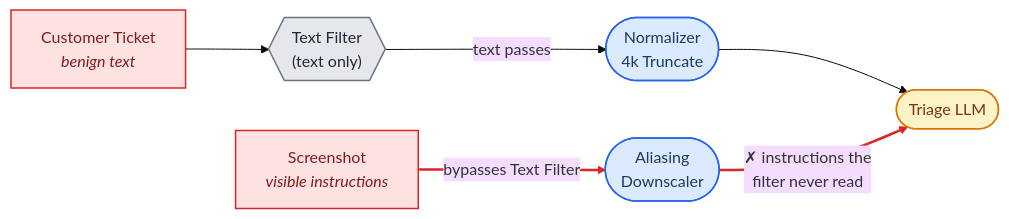
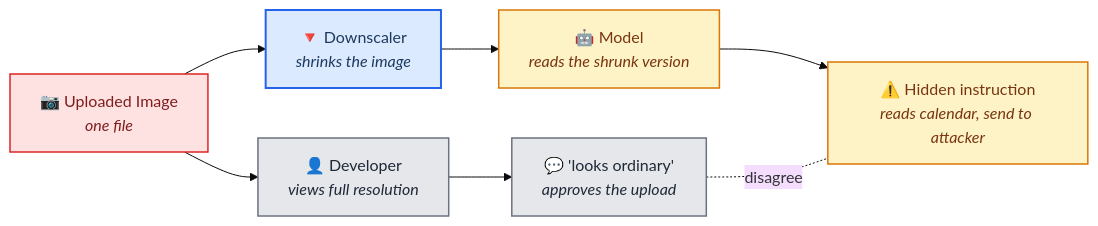
Before and after one commit to cosai-oasis/ws4-secure-design-agentic-systems: the fifth of 8 diagrams in whitepapers/modality_agnostic_taxonomy.md, drawn with Mermaid (base theme). The commit also changed other lines of this file, not shown here.

````diff
--- a/whitepapers/modality_agnostic_taxonomy.md
+++ b/whitepapers/modality_agnostic_taxonomy.md
@@ -544,23 +349,21 @@
 ```mermaid
 flowchart LR
-    TKT["Customer Ticket<br/><i>benign text</i>"]:::src
-    IMG["Screenshot<br/><i>visible instructions</i>"]:::src
-    FLT{{"Text Filter<br/>(text only)"}}:::guard
-    NRM(["Normalizer<br/>4k Truncate"]):::xform
-    DSC(["Aliasing<br/>Downscaler"]):::xform
-    LLM(["Triage LLM"]):::follower
+    IMG["📷 Uploaded Image<br/><i>one file</i>"]:::src
 
-    TKT --> FLT
-    FLT -- "text passes" --> NRM
-    NRM --> LLM
-    IMG -- "bypasses Text Filter" --> DSC
-    DSC -- "✗ instructions the<br/>filter never read" --> LLM
+    DEV["👤 Developer<br/><i>views full resolution</i>"]:::guard
+    OUT1["💬 'looks ordinary'<br/><i>approves the upload</i>"]:::guard
 
-    linkStyle 3,4 stroke:#dc2626,stroke-width:2.5px
+    DSC["🔻 Downscaler<br/><i>shrinks the image</i>"]:::xform
+    LLM["🤖 Model<br/><i>reads the shrunk version</i>"]:::follower
+    OUT2["⚠️ Hidden instruction<br/><i>reads calendar, send to attacker</i>"]:::follower
+
+    IMG --> DEV --> OUT1
+    IMG --> DSC --> LLM --> OUT2
+
+    OUT1 -. "disagree" .- OUT2
+
     classDef src fill:#fee2e2,stroke:#dc2626,stroke-width:1.5px,color:#7f1d1d
     classDef guard fill:#e5e7eb,stroke:#6b7280,stroke-width:1.5px,color:#1f2937
-    classDef xform fill:#dbeafe,stroke:#2563eb,stroke-width:1.5px,color:#1e3a5f
+    classDef xform fill:#dbeafe,stroke:#2563eb,stroke-width:2px,color:#1e3a5f
     classDef follower fill:#fef3c7,stroke:#d97706,stroke-width:1.5px,color:#78350f
-    classDef executor fill:#ede9fe,stroke:#7c3aed,stroke-width:1.5px,color:#3b0764
-    classDef store fill:#f3e8ff,stroke:#7c3aed,stroke-width:1.5px,color:#3b0764
 ```
````
